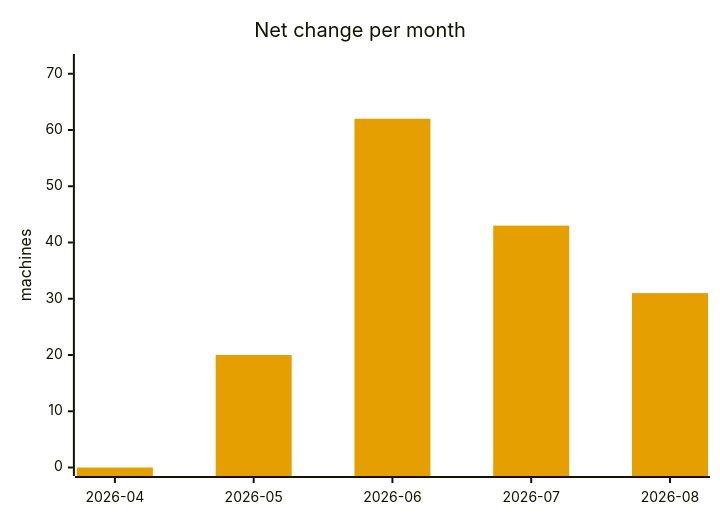
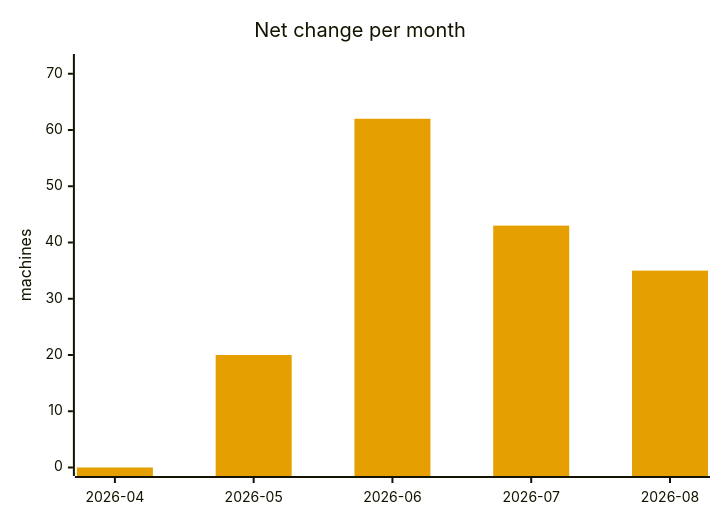
One commit to cheeaun/returnright-data changed the seventh of 7 diagrams in ANALYSIS.md. Above: the diagram before and after it, drawn with Mermaid. The commit also changed other lines of this file and 3 other files, not shown here.

````diff
--- a/ANALYSIS.md
+++ b/ANALYSIS.md
@@ -304,13 +300,13 @@
 ```mermaid
 ---
 config:
   themeVariables:
     xyChart:
       plotColorPalette: "#E69F00"
 ---
 xychart-beta
     title "Net change per month"
     x-axis ["2026-04", "2026-05", "2026-06", "2026-07", "2026-08"]
     y-axis "machines" 0 --> 72
-    bar [0, 20, 62, 43, 31]
+    bar [0, 20, 62, 43, 35]
 ```
````
